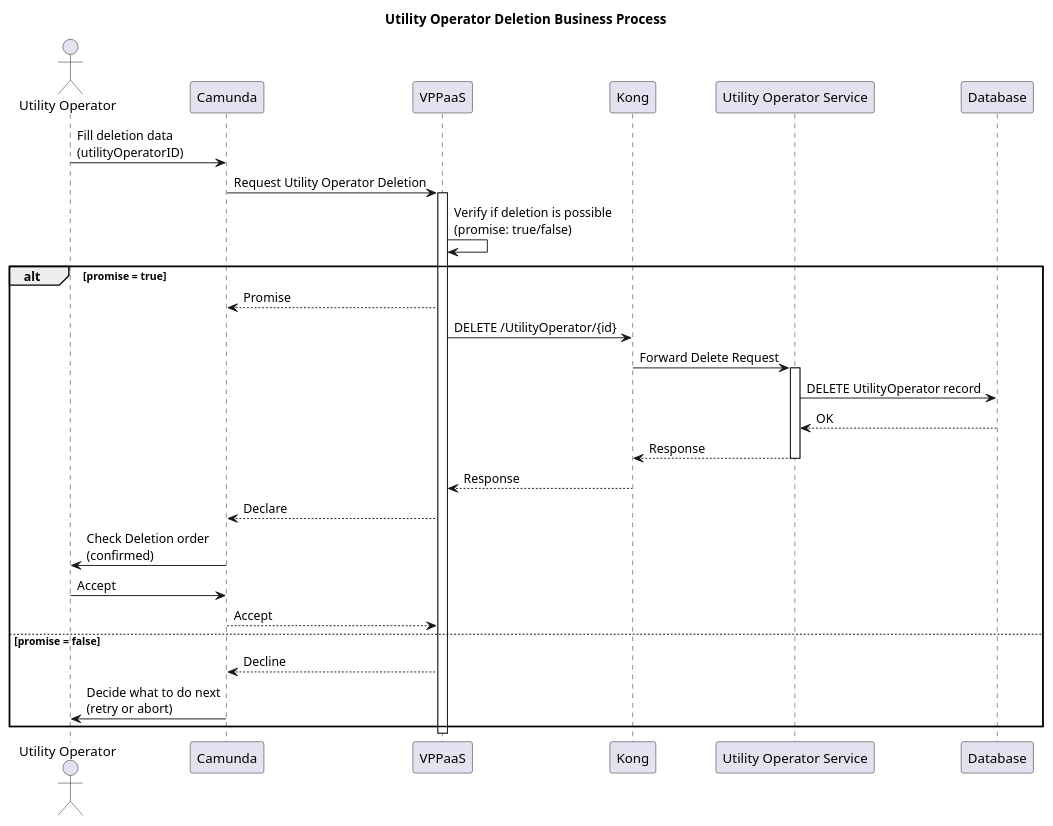
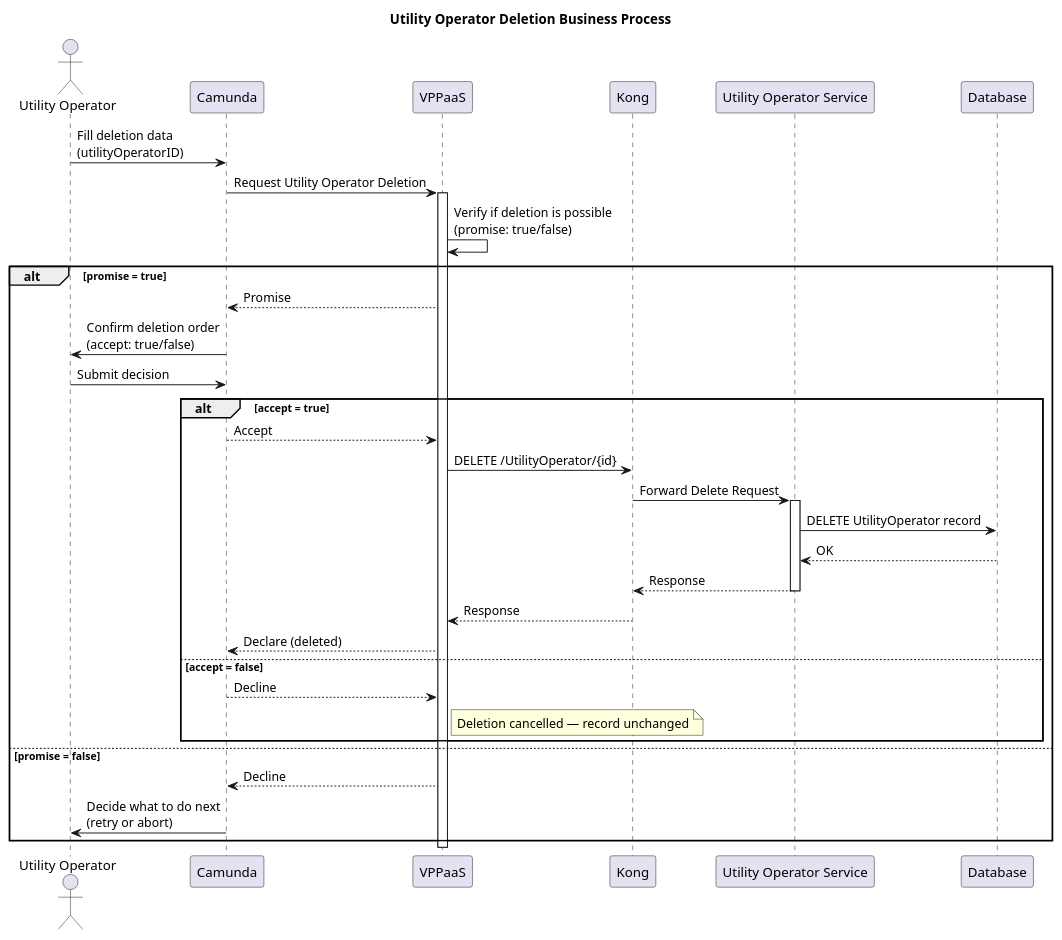
The diagram in Sequence-Diagrams/Utility-Operator-Deletion.wsd (WatchYoJet/VPPaaS), drawn with PlantUML before and after one commit. The commit also changed 108 other files, not shown here.

```diff
--- a/Sequence-Diagrams/Utility-Operator-Deletion.wsd
+++ b/Sequence-Diagrams/Utility-Operator-Deletion.wsd
@@ -1,32 +1,39 @@
 title Utility Operator Deletion Business Process
 
 actor "Utility Operator" as UO
 participant Camunda
 participant VPPaaS
 participant Kong
 participant "Utility Operator Service" as Service
 
 UO->Camunda: Fill deletion data\n(utilityOperatorID)
 Camunda->VPPaaS: Request Utility Operator Deletion
 activate VPPaaS
 VPPaaS->VPPaaS: Verify if deletion is possible\n(promise: true/false)
 
 alt promise = true
   VPPaaS-->Camunda: Promise
-  VPPaaS->Kong: DELETE /UtilityOperator/{id}
-  Kong->Service: Forward Delete Request
-  activate Service
-  Service->Database: DELETE UtilityOperator record
-  Database-->Service: OK
-  Service-->Kong: Response
-  deactivate Service
-  Kong-->VPPaaS: Response
-  VPPaaS-->Camunda: Declare
-  Camunda->UO: Check Deletion order\n(confirmed)
-  UO->Camunda: Accept
-  Camunda-->VPPaaS: Accept
+  Camunda->UO: Confirm deletion order\n(accept: true/false)
+  UO->Camunda: Submit decision
+
+  alt accept = true
+    Camunda-->VPPaaS: Accept
+    VPPaaS->Kong: DELETE /UtilityOperator/{id}
+    Kong->Service: Forward Delete Request
+    activate Service
+    Service->Database: DELETE UtilityOperator record
+    Database-->Service: OK
+    Service-->Kong: Response
+    deactivate Service
+    Kong-->VPPaaS: Response
+    VPPaaS-->Camunda: Declare (deleted)
+  else accept = false
+    Camunda-->VPPaaS: Decline
+    note right of VPPaaS: Deletion cancelled — record unchanged
+  end
+
 else promise = false
   VPPaaS-->Camunda: Decline
   Camunda->UO: Decide what to do next\n(retry or abort)
 end
 deactivate VPPaaS
```
